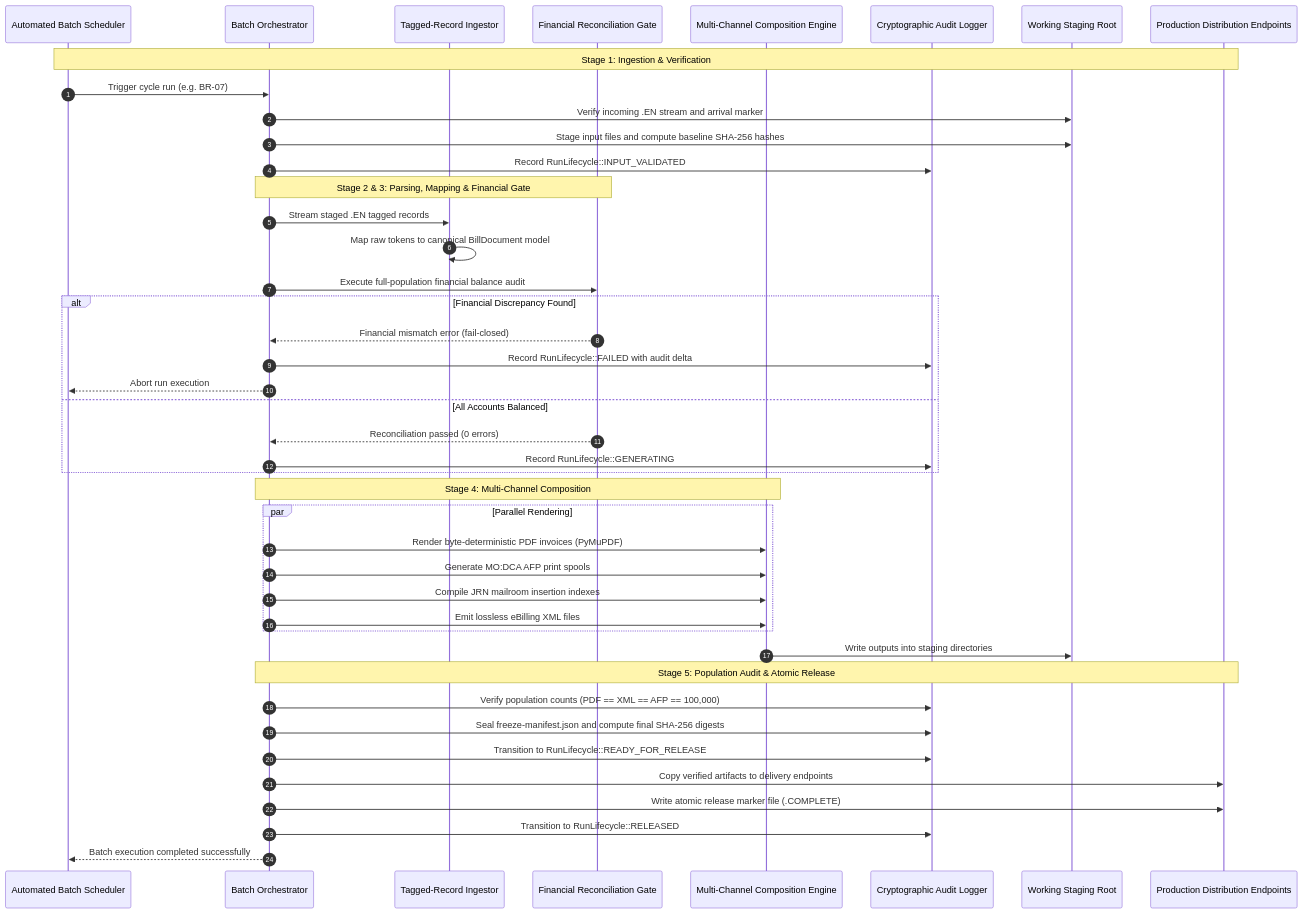
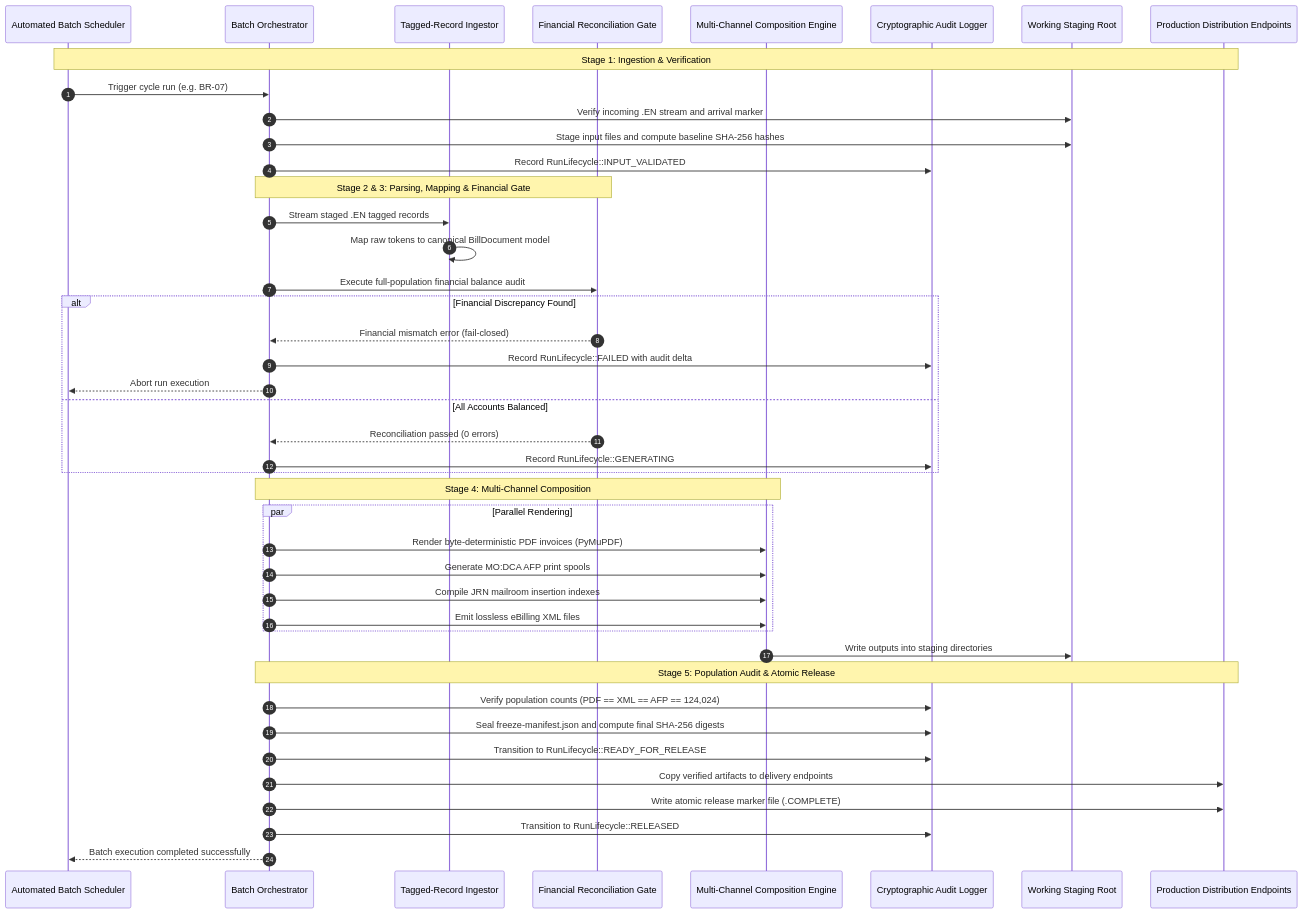
One commit to saajunaid/caddis-plugin changed the second of 4 diagrams in bundles/antigravity-extras/.agents/skills/hld/references/gold-standard-hld.md. Above: the diagram before and after it, drawn with Mermaid. The commit also changed other lines of this file and 13 other files, not shown here.

````diff
--- a/bundles/antigravity-extras/.agents/skills/hld/references/gold-standard-hld.md
+++ b/bundles/antigravity-extras/.agents/skills/hld/references/gold-standard-hld.md
@@ -139,49 +130,49 @@
 ```mermaid
 sequenceDiagram
     autonumber
     participant Sched as Automated Batch Scheduler
     participant Orch as Batch Orchestrator
     participant Reader as Tagged-Record Ingestor
     participant Reconcile as Financial Reconciliation Gate
     participant Render as Multi-Channel Composition Engine
     participant Audit as Cryptographic Audit Logger
     participant Storage as Working Staging Root
     participant Targets as Production Distribution Endpoints
 
     Note over Sched,Targets: Stage 1: Ingestion & Verification
     Sched->>Orch: Trigger cycle run (e.g. BR-07)
     Orch->>Storage: Verify incoming .EN stream and arrival marker
     Orch->>Storage: Stage input files and compute baseline SHA-256 hashes
     Orch->>Audit: Record RunLifecycle::INPUT_VALIDATED
 
     Note over Orch,Reconcile: Stage 2 & 3: Parsing, Mapping & Financial Gate
     Orch->>Reader: Stream staged .EN tagged records
     Reader->>Reader: Map raw tokens to canonical BillDocument model
     Orch->>Reconcile: Execute full-population financial balance audit
     alt Financial Discrepancy Found
         Reconcile-->>Orch: Financial mismatch error (fail-closed)
         Orch->>Audit: Record RunLifecycle::FAILED with audit delta
         Orch-->>Sched: Abort run execution
     else All Accounts Balanced
         Reconcile-->>Orch: Reconciliation passed (0 errors)
         Orch->>Audit: Record RunLifecycle::GENERATING
     end
 
     Note over Orch,Render: Stage 4: Multi-Channel Composition
     par Parallel Rendering
         Orch->>Render: Render byte-deterministic PDF invoices (PyMuPDF)
         Orch->>Render: Generate MO:DCA AFP print spools
         Orch->>Render: Compile JRN mailroom insertion indexes
         Orch->>Render: Emit lossless eBilling XML files
     end
     Render->>Storage: Write outputs into staging directories
 
     Note over Orch,Targets: Stage 5: Population Audit & Atomic Release
-    Orch->>Audit: Verify population counts (PDF == XML == AFP == 100,000)
+    Orch->>Audit: Verify population counts (PDF == XML == AFP == 124,024)
     Orch->>Audit: Seal freeze-manifest.json and compute final SHA-256 digests
     Orch->>Audit: Transition to RunLifecycle::READY_FOR_RELEASE
     Orch->>Targets: Copy verified artifacts to delivery endpoints
     Orch->>Targets: Write atomic release marker file (.COMPLETE)
     Orch->>Audit: Transition to RunLifecycle::RELEASED
     Orch-->>Sched: Batch execution completed successfully
 ```
````
